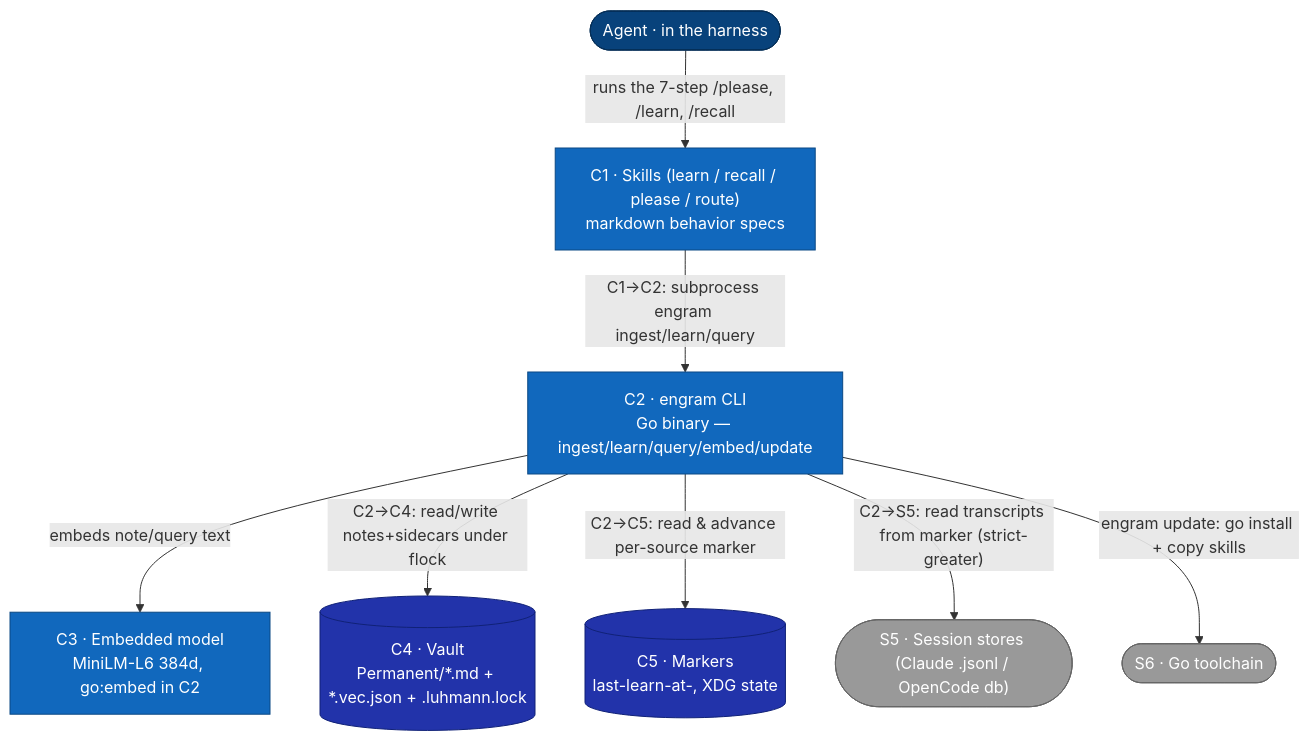
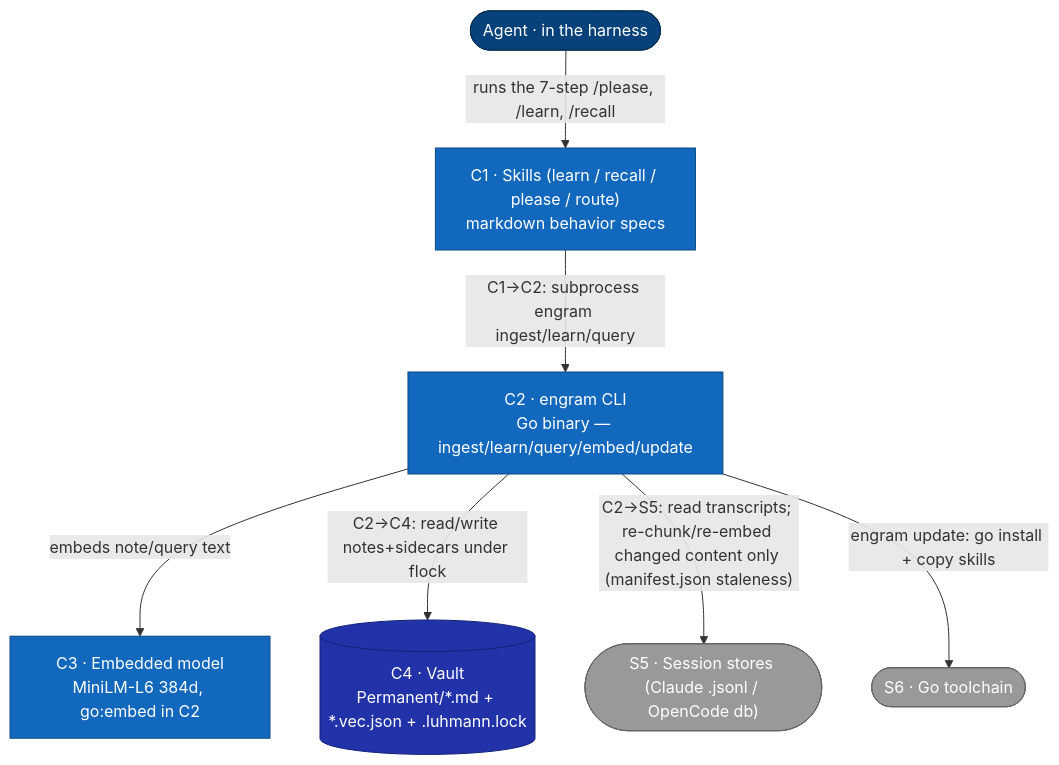
Before and after one commit to toejough/engram: the first of 5 diagrams in docs/architecture/c2-containers.md, drawn with Mermaid. The commit also changed other lines of this file and 8 other files, not shown here.

````diff
--- a/docs/architecture/c2-containers.md
+++ b/docs/architecture/c2-containers.md
@@ -9,29 +9,27 @@
 ```mermaid
 flowchart TB
     classDef person    fill:#08427b,stroke:#052e56,color:#fff
     classDef external  fill:#999,   stroke:#666,   color:#fff
     classDef container fill:#1168bd,stroke:#0b4884,color:#fff
     classDef store     fill:#23a,   stroke:#127,   color:#fff
 
     agent([Agent · in the harness])
     skills["C1 · Skills (learn / recall / please / route)<br/>markdown behavior specs"]
     cli["C2 · engram CLI<br/>Go binary — ingest/learn/query/embed/update"]
     model["C3 · Embedded model<br/>MiniLM-L6 384d, go:embed in C2"]
     vault[("C4 · Vault<br/>Permanent/*.md + *.vec.json + .luhmann.lock")]
-    markers[("C5 · Markers<br/>last-learn-at-<src>, XDG state")]
     sessions(["S5 · Session stores (Claude .jsonl / OpenCode db)"])
     gotool(["S6 · Go toolchain"])
 
     agent -->|"runs the 7-step /please, /learn, /recall"| skills
     skills -->|"C1→C2: subprocess engram ingest/learn/query"| cli
     cli -->|"embeds note/query text"| model
     cli -->|"C2→C4: read/write notes+sidecars under flock"| vault
-    cli -->|"C2→C5: read & advance per-source marker"| markers
-    cli -->|"C2→S5: read transcripts from marker (strict-greater)"| sessions
+    cli -->|"C2→S5: read transcripts; re-chunk/re-embed changed content only (manifest.json staleness)"| sessions
     cli -->|"engram update: go install + copy skills"| gotool
 
     class agent person
     class skills,cli,model container
-    class vault,markers store
+    class vault store
     class sessions,gotool external
 ```
````
